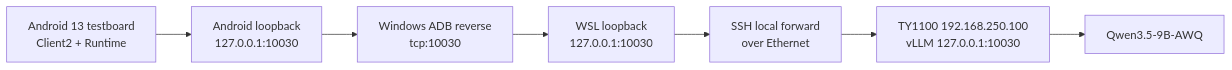
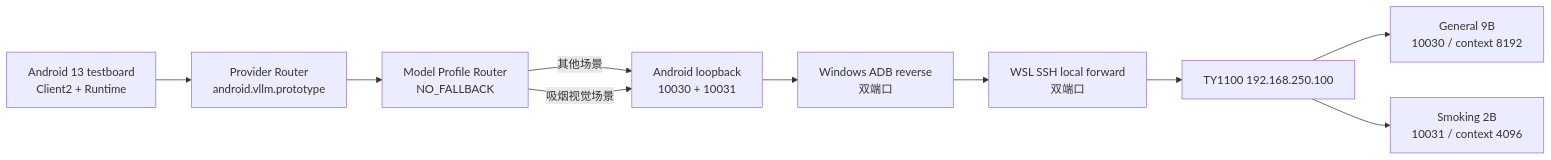
The diagram in central-brain/integration/ty1100-vllm-prototype/README.md (LucasWEIchen/CougarOS), drawn with Mermaid before and after one commit. The commit also changed other lines of this file and 28 other files, not shown here.

Commit message:
feat(model): restore routed resident vLLM profiles

````diff
--- a/central-brain/integration/ty1100-vllm-prototype/README.md
+++ b/central-brain/integration/ty1100-vllm-prototype/README.md
@@ -14,11 +16,18 @@
 ```mermaid
 flowchart LR
     A["Android 13 testboard\nClient2 + Runtime"]
-    B["Android loopback\n127.0.0.1:10030"]
-    C["Windows ADB reverse\ntcp:10030"]
-    D["WSL loopback\n127.0.0.1:10030"]
-    E["SSH local forward\nover Ethernet"]
-    F["TY1100 192.168.250.100\nvLLM 127.0.0.1:10030"]
-    G["Qwen3.5-9B-AWQ"]
-    A --> B --> C --> D --> E --> F --> G
+    R["Provider Router\nandroid.vllm.prototype"]
+    M["Model Profile Router\nNO_FALLBACK"]
+    B["Android loopback\n10030 + 10031"]
+    C["Windows ADB reverse\n双端口"]
+    D["WSL SSH local forward\n双端口"]
+    F["TY1100 192.168.250.100"]
+    G["General 9B\n10030 / context 8192"]
+    S["Smoking 2B\n10031 / context 4096"]
+    A --> R --> M
+    M -->|"其他场景"| B
+    M -->|"吸烟视觉场景"| B
+    B --> C --> D --> F
+    F --> G
+    F --> S
 ```
````
